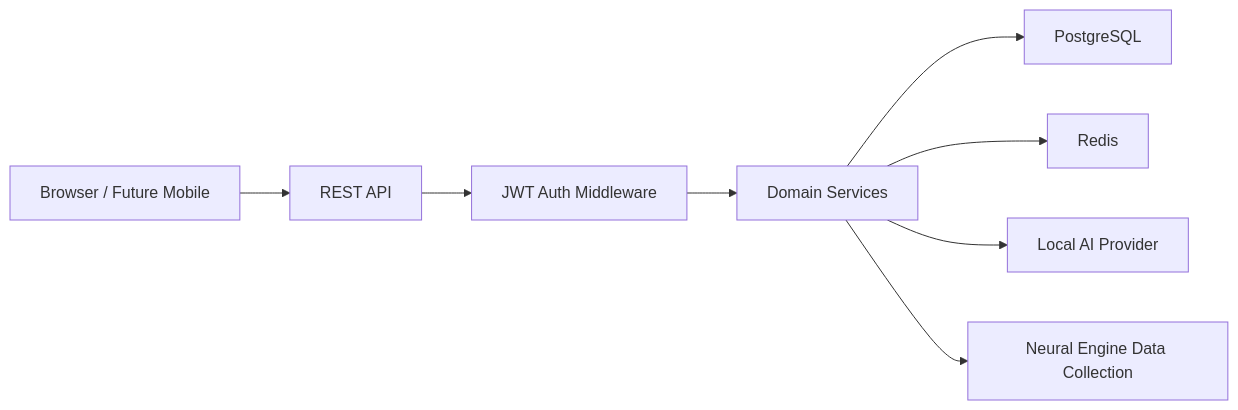
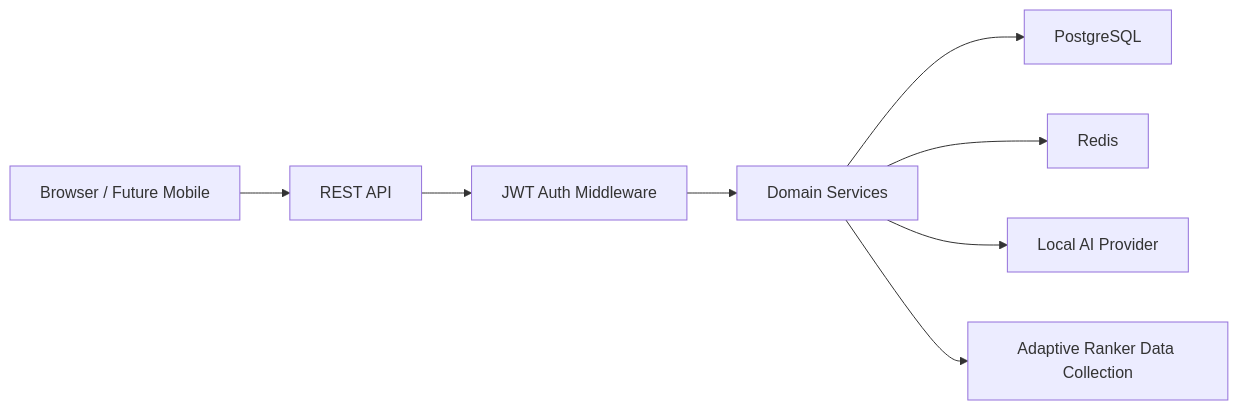
One commit to Aff55/Planora changed the fifth of 6 diagrams in docs/diagrams.md. Above: the diagram before and after it, drawn with Mermaid. The commit also changed 18 other files, not shown here.

````diff
--- a/docs/diagrams.md
+++ b/docs/diagrams.md
@@ -64,10 +64,10 @@
 ```mermaid
 flowchart LR
   Browser["Browser / Future Mobile"] --> REST["REST API"]
   REST --> Auth["JWT Auth Middleware"]
   Auth --> Services["Domain Services"]
   Services --> DB["PostgreSQL"]
   Services --> Cache["Redis"]
   Services --> LocalAI["Local AI Provider"]
-  Services --> Neural["Neural Engine Data Collection"]
+  Services --> Ranker["Adaptive Ranker Data Collection"]
 ```
````
